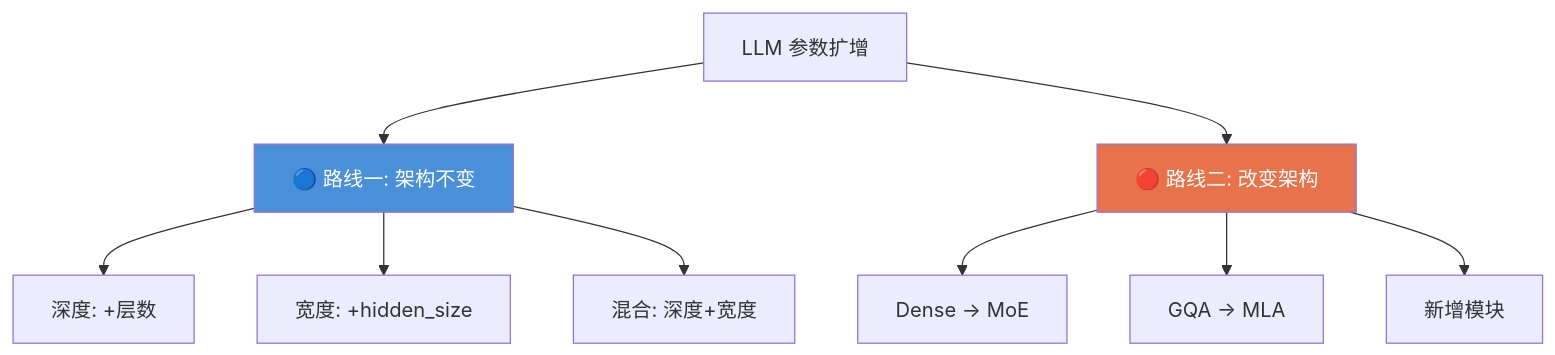
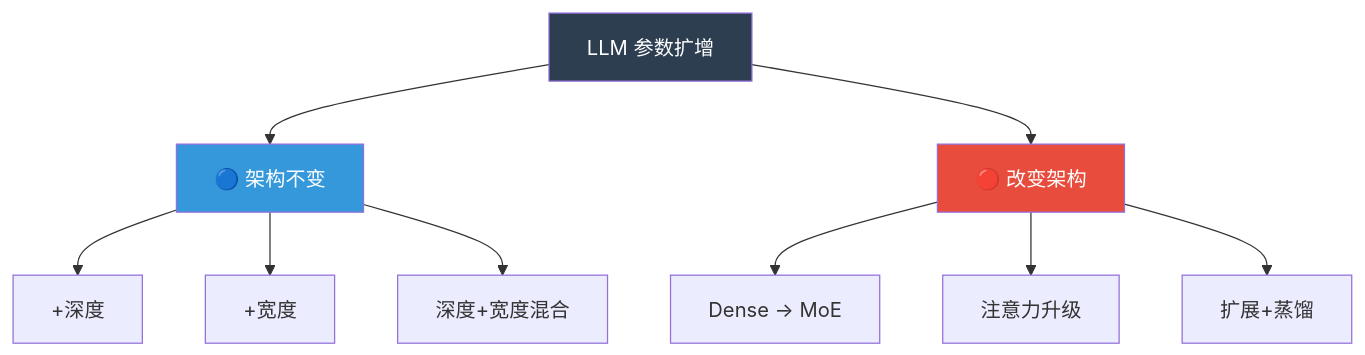
The first of 15 diagrams in docs/llm_param_expansion.md (jianzhnie/PCL-Model-Kit), drawn with Mermaid before and after one commit. The commit also changed other lines of this file, not shown here.

First line of the commit message:
docs: update llm parameter expansion documentation

````diff
--- a/docs/llm_param_expansion.md
+++ b/docs/llm_param_expansion.md
@@ -28,13 +28,14 @@
 ```mermaid
 graph TD
-    A[LLM 参数扩增] --> B["🔵 路线一: 架构不变"]
-    A --> C["🔴 路线二: 改变架构"]
-    B --> B1["深度: +层数"]
-    B --> B2["宽度: +hidden_size"]
-    B --> B3["混合: 深度+宽度"]
+    A["LLM 参数扩增"] --> B["🔵 架构不变"]
+    A --> C["🔴 改变架构"]
+    B --> B1["+深度"]
+    B --> B2["+宽度"]
+    B --> B3["深度+宽度混合"]
     C --> C1["Dense → MoE"]
-    C --> C2["GQA → MLA"]
-    C --> C3["新增模块"]
-    style B fill:#4A90D9,color:#fff
-    style C fill:#E8734A,color:#fff
+    C --> C2["注意力升级"]
+    C --> C3["扩展+蒸馏"]
+    style A fill:#2C3E50,color:#fff
+    style B fill:#3498DB,color:#fff
+    style C fill:#E74C3C,color:#fff
 ```
````
